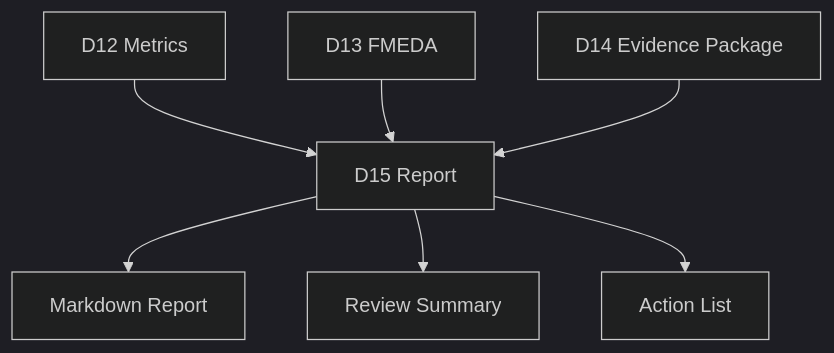
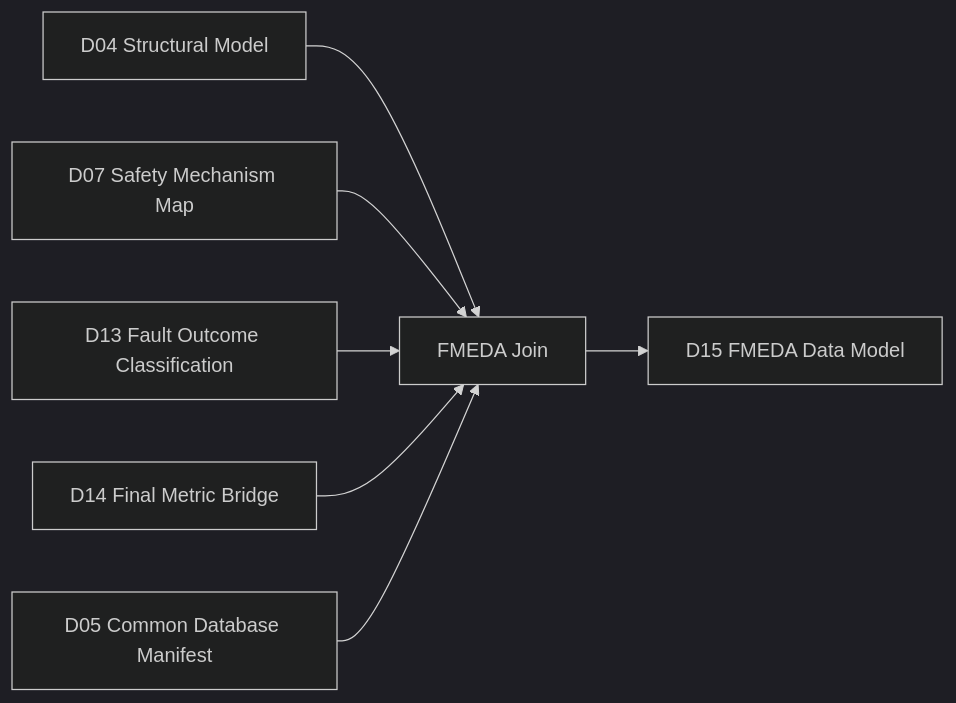
Before and after one commit to qiqixixi1001/automotive-safeic-practice: the seventh of 12 diagrams in articles/15_automotive_safeic_practice_d15_github_en_safety_report_generation.md, drawn with Mermaid (dark theme). The commit also changed other lines of this file, not shown here.

````diff
--- a/articles/15_automotive_safeic_practice_d15_github_en_safety_report_generation.md
+++ b/articles/15_automotive_safeic_practice_d15_github_en_safety_report_generation.md
@@ -213,9 +597,9 @@
 ```mermaid
-flowchart TD
-    A[D12 Metrics] --> D[D15 Report]
-    B[D13 FMEDA] --> D
-    C[D14 Evidence Package] --> D
-    D --> E[Markdown Report]
-    D --> F[Review Summary]
-    D --> G[Action List]
+flowchart LR
+    A[D04 Structural Model] --> J[FMEDA Join]
+    B[D07 Safety Mechanism Map] --> J
+    C[D13 Fault Outcome Classification] --> J
+    D[D14 Final Metric Bridge] --> J
+    E[D05 Common Database Manifest] --> J
+    J --> F[D15 FMEDA Data Model]
 ```
````
